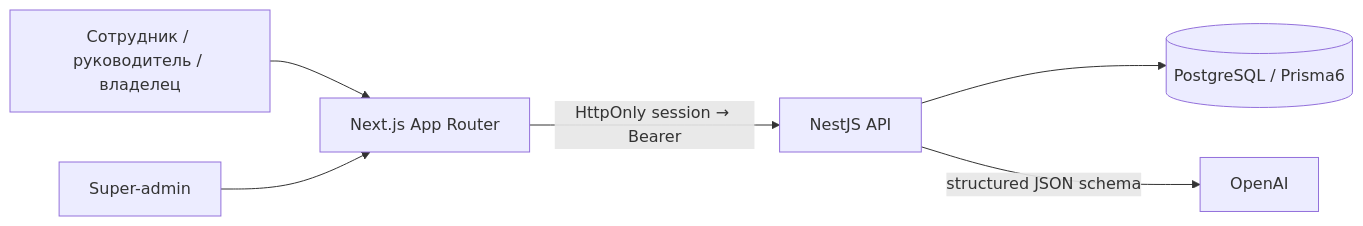
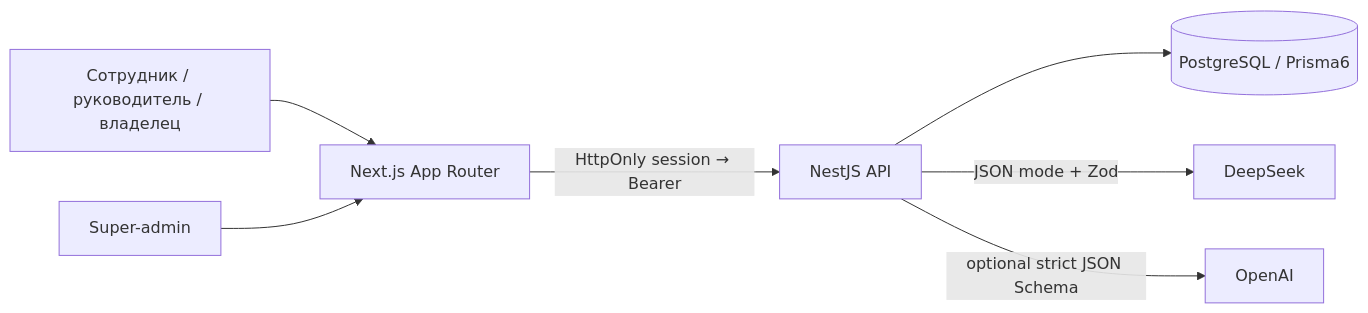
The first of 2 diagrams in docs/architecture.md (Oksnard/praktikum), drawn with Mermaid before and after one commit. The commit also changed other lines of this file and 20 other files, not shown here.

Commit message:
feat: configure DeepSeek workspace and record live acceptance

````diff
--- a/docs/architecture.md
+++ b/docs/architecture.md
@@ -3,8 +3,9 @@
 ```mermaid
 flowchart LR
  User[Сотрудник / руководитель / владелец] --> Web[Next.js App Router]
  Admin[Super-admin] --> Web
  Web -->|HttpOnly session → Bearer| API[NestJS API]
  API --> DB[(PostgreSQL / Prisma6)]
- API -->|structured JSON schema| AI[OpenAI]
+ API -->|JSON mode + Zod| DS[DeepSeek]
+ API -->|optional strict JSON Schema| OA[OpenAI]
 ```
````
